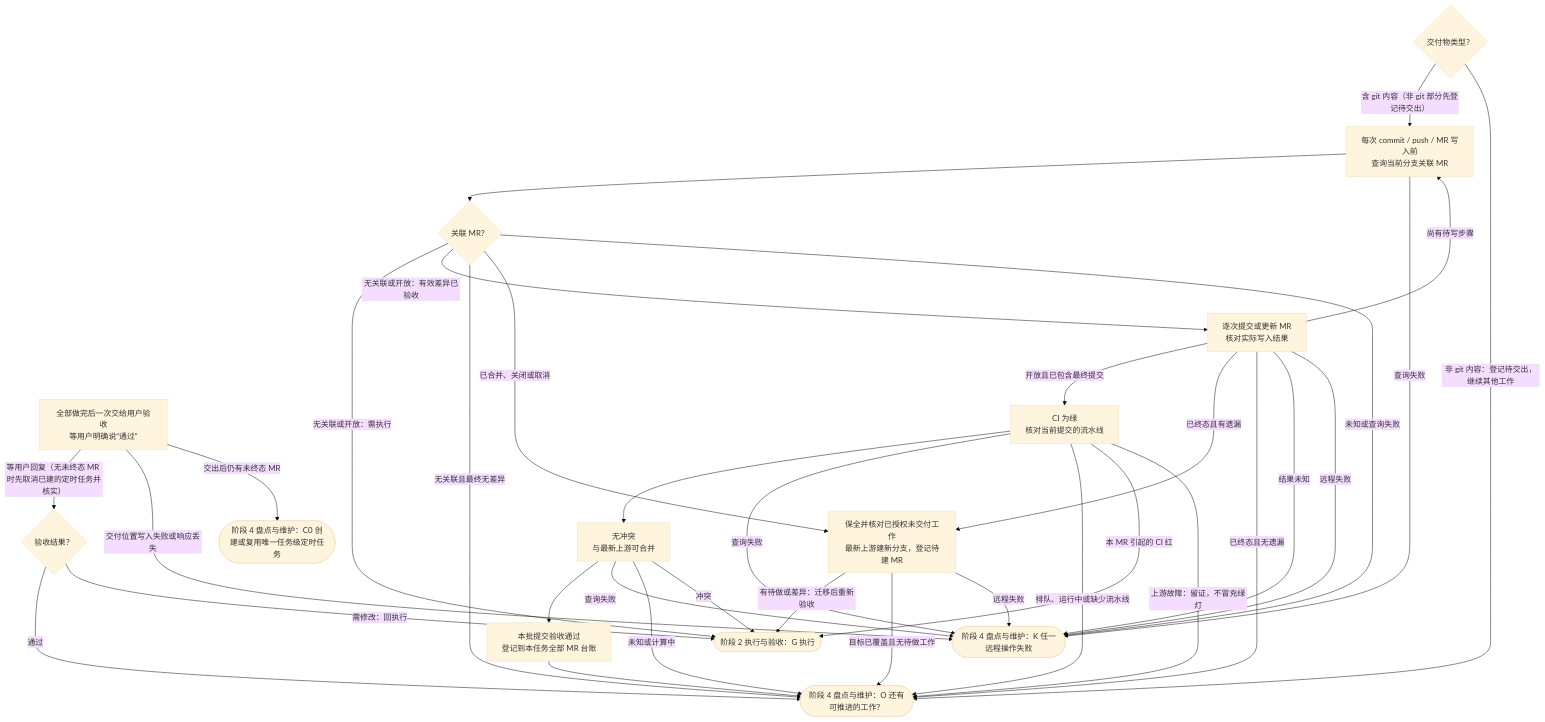
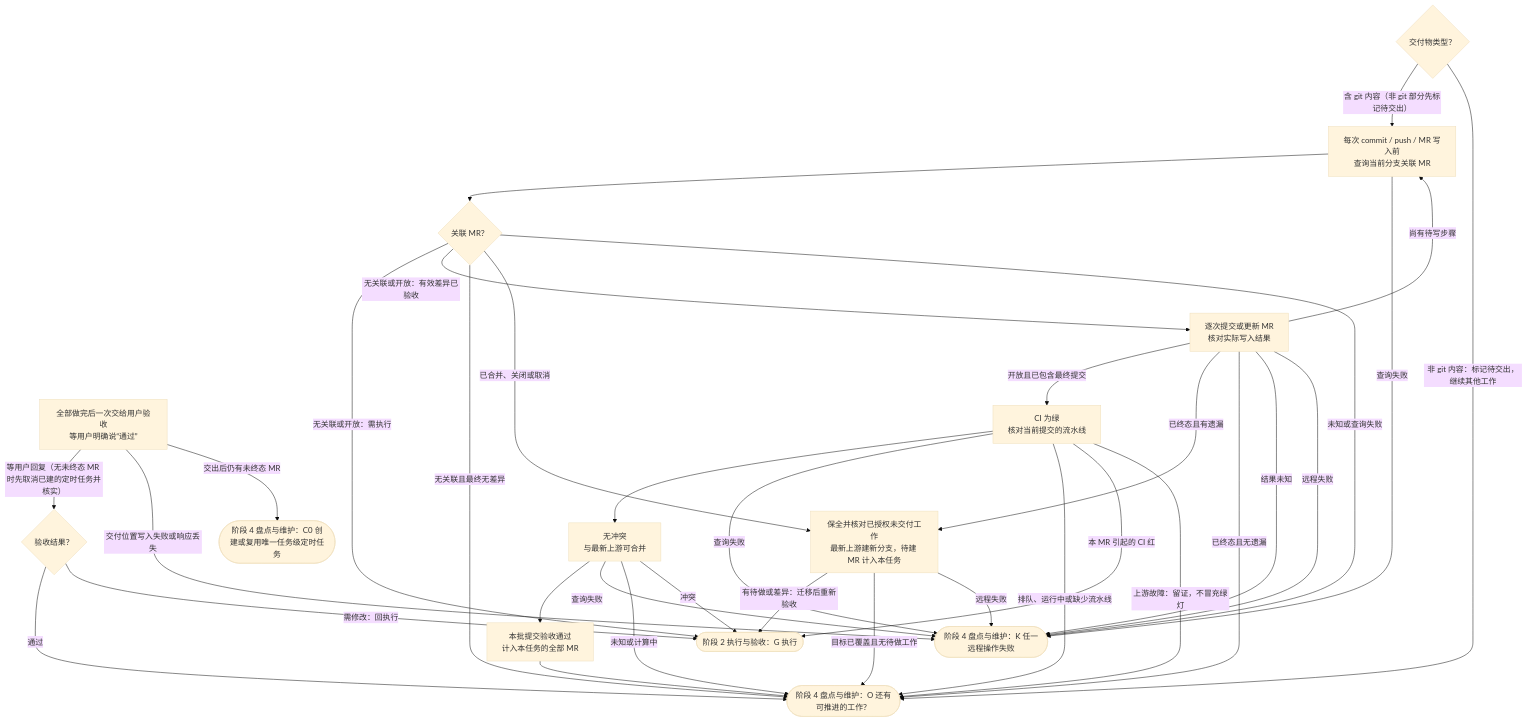
One commit to lzxb/align-deliver changed the diagram in align-deliver/references/phase-3-deliver.md. Above: the diagram before and after it, drawn with Mermaid (base theme). The commit also changed other lines of this file and 16 other files, not shown here.

````diff
--- a/align-deliver/references/phase-3-deliver.md
+++ b/align-deliver/references/phase-3-deliver.md
@@ -45,50 +45,50 @@
 ```mermaid
 flowchart TD
   DT{"交付物类型？"}
   UA["全部做完后一次交给用户验收<br/>等用户明确说“通过”"]
   UV{"验收结果？"}
   J0["每次 commit / push / MR 写入前<br/>查询当前分支关联 MR"]
   J1{"关联 MR？"}
-  J2["保全并核对已授权未交付工作<br/>最新上游建新分支，登记待建 MR"]
+  J2["保全并核对已授权未交付工作<br/>最新上游建新分支，待建 MR 计入本任务"]
   J["逐次提交或更新 MR<br/>核对实际写入结果"]
   L["CI 为绿<br/>核对当前提交的流水线"]
   M["无冲突<br/>与最新上游可合并"]
-  N["本批提交验收通过<br/>登记到本任务全部 MR 台账"]
+  N["本批提交验收通过<br/>计入本任务的全部 MR"]
   G(["阶段 2 执行与验收：G 执行"])
   O(["阶段 4 盘点与维护：O 还有可推进的工作？"])
   C0(["阶段 4 盘点与维护：C0 创建或复用唯一任务级定时任务"])
   K(["阶段 4 盘点与维护：K 任一远程操作失败"])
-  DT -- "含 git 内容（非 git 部分先登记待交出）" --> J0
-  DT -- "非 git 内容：登记待交出，继续其他工作" --> O
+  DT -- "含 git 内容（非 git 部分先标记待交出）" --> J0
+  DT -- "非 git 内容：标记待交出，继续其他工作" --> O
   UA -- "等用户回复（无未终态 MR 时先取消已建的定时任务并核实）" --> UV
   UA -- "交付位置写入失败或响应丢失" --> K
   UA -- "交出后仍有未终态 MR" --> C0
   UV -- "通过" --> O
   UV -- "需修改：回执行" --> G
   J0 --> J1
   J0 -- "查询失败" --> K
   J1 -- "无关联或开放：需执行" --> G
   J1 -- "无关联或开放：有效差异已验收" --> J
   J1 -- "无关联且最终无差异" --> O
   J1 -- "已合并、关闭或取消" --> J2
   J1 -- "未知或查询失败" --> K
   J2 -- "有待做或差异：迁移后重新验收" --> G
   J2 -- "目标已覆盖且无待做工作" --> O
   J2 -- "远程失败" --> K
   J -- "尚有待写步骤" --> J0
   J -- "开放且已包含最终提交" --> L
   J -- "已终态且有遗漏" --> J2
   J -- "已终态且无遗漏" --> O
   J -- "结果未知" --> K
   J -- "远程失败" --> K
   L --> M
   L -- "查询失败" --> K
   L -- "排队、运行中或缺少流水线" --> O
   L -- "本 MR 引起的 CI 红" --> G
   L -- "上游故障：留证，不冒充绿灯" --> O
   M --> N
   M -- "查询失败" --> K
   M -- "未知或计算中" --> O
   M -- "冲突" --> G
   N --> O
 ```
````
